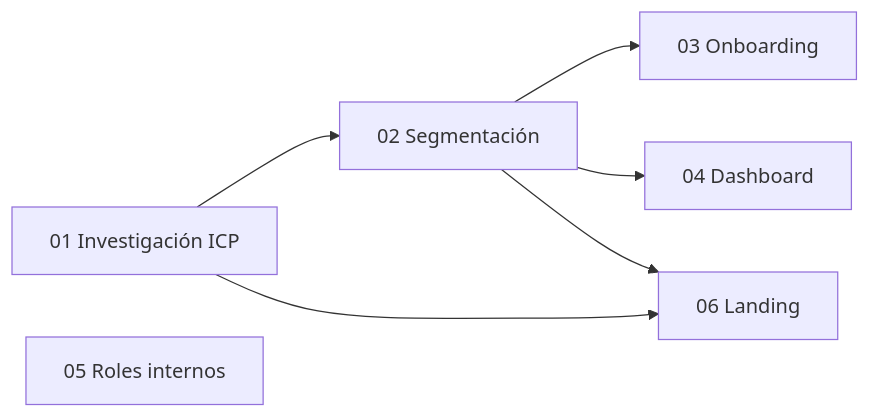
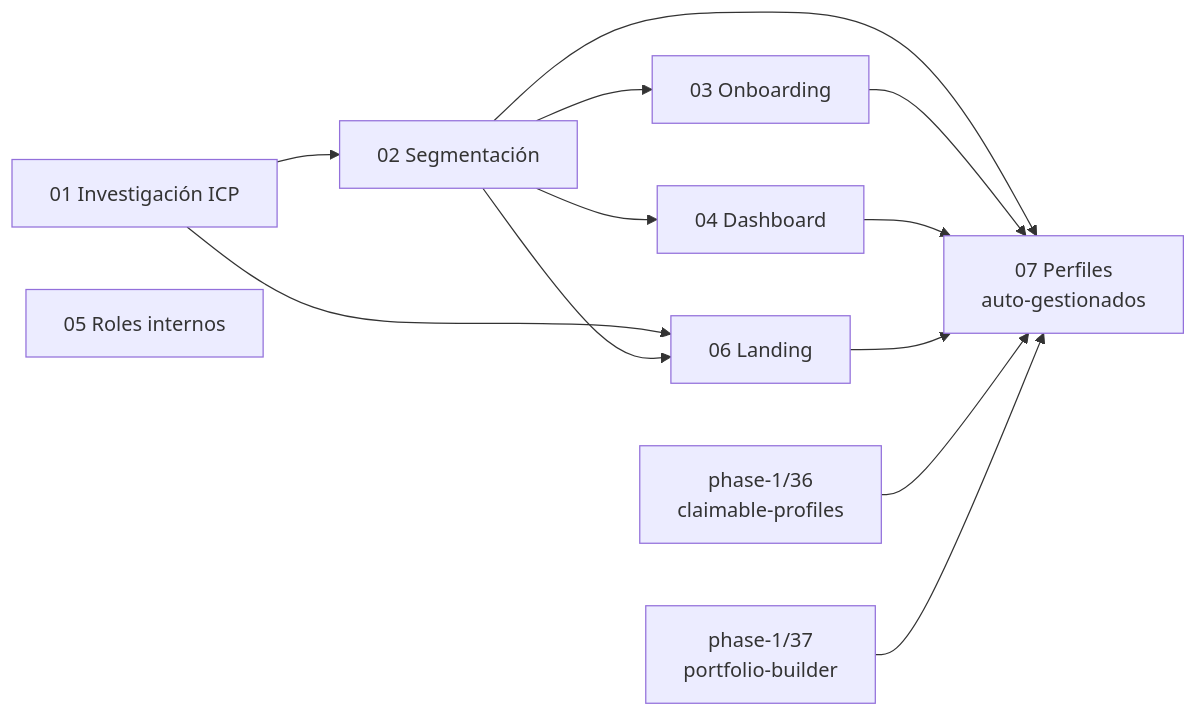
The diagram in plans/phase-2/README.md (eddremonts86/builderhunt), drawn with Mermaid before and after one commit. The commit also changed other lines of this file and 6 other files, not shown here.

````diff
--- a/plans/phase-2/README.md
+++ b/plans/phase-2/README.md
@@ -47,9 +58,15 @@
 ```mermaid
 flowchart LR
   R["01 Investigación ICP"] --> S["02 Segmentación"]
   S --> O["03 Onboarding"]
   S --> D["04 Dashboard"]
   R --> L["06 Landing"]
   S --> L
   P["05 Roles internos"]
+  S --> SP["07 Perfiles<br/>auto-gestionados"]
+  O --> SP
+  D --> SP
+  L --> SP
+  P1_36["phase-1/36<br/>claimable-profiles"] --> SP
+  P1_37["phase-1/37<br/>portfolio-builder"] --> SP
 ```
````
